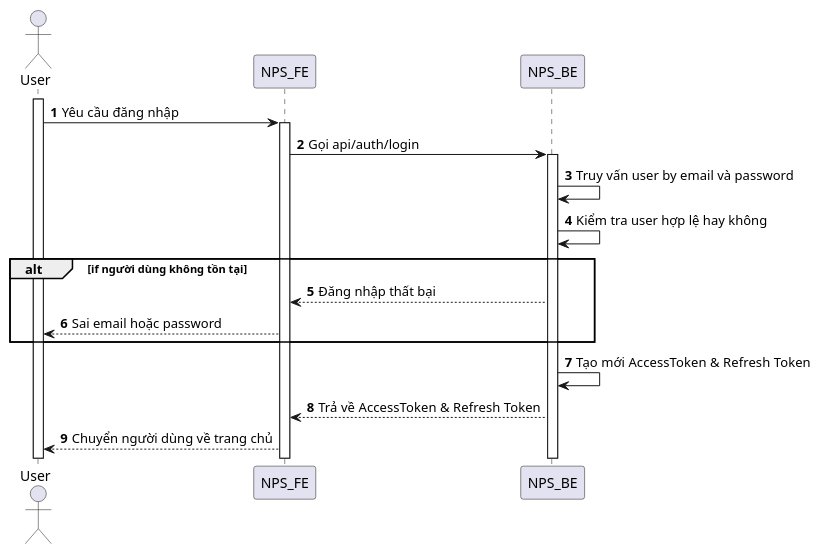
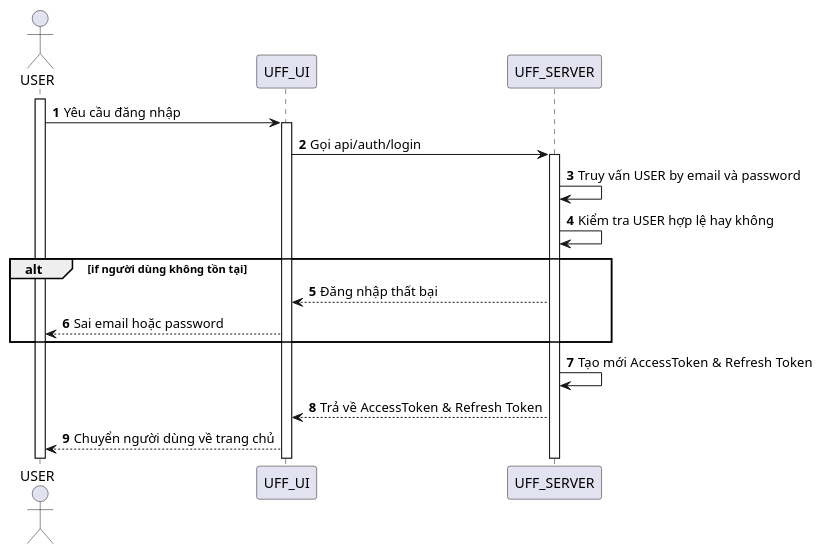
One commit to congdanh0101/fast-food changed the diagram in SequenceDiagram/Authentication/login.puml. Above: the diagram before and after it, drawn with PlantUML. The commit also changed 144 other files, not shown here.

Commit message:
update seq diagram

```diff
--- a/SequenceDiagram/Authentication/login.puml
+++ b/SequenceDiagram/Authentication/login.puml
@@ -1,19 +1,19 @@
 @startuml
 autonumber
-actor User
-activate User
-User -> NPS_FE: Yêu cầu đăng nhập
-activate NPS_FE
-NPS_FE -> NPS_BE: Gọi api/auth/login
-activate NPS_BE
-NPS_BE -> NPS_BE: Truy vấn user by email và password
-NPS_BE -> NPS_BE: Kiểm tra user hợp lệ hay không
+actor USER
+activate USER
+USER -> UFF_UI: Yêu cầu đăng nhập
+activate UFF_UI
+UFF_UI -> UFF_SERVER: Gọi api/auth/login
+activate UFF_SERVER
+UFF_SERVER -> UFF_SERVER: Truy vấn USER by email và password
+UFF_SERVER -> UFF_SERVER: Kiểm tra USER hợp lệ hay không
 alt if người dùng không tồn tại
-NPS_BE --> NPS_FE: Đăng nhập thất bại
-NPS_FE --> User: Sai email hoặc password
+UFF_SERVER --> UFF_UI: Đăng nhập thất bại
+UFF_UI --> USER: Sai email hoặc password
 end alt
-NPS_BE -> NPS_BE: Tạo mới AccessToken & Refresh Token
-NPS_BE --> NPS_FE: Trả về AccessToken & Refresh Token
-NPS_FE --> User: Chuyển người dùng về trang chủ
+UFF_SERVER -> UFF_SERVER: Tạo mới AccessToken & Refresh Token
+UFF_SERVER --> UFF_UI: Trả về AccessToken & Refresh Token
+UFF_UI --> USER: Chuyển người dùng về trang chủ
 
 @enduml
```
